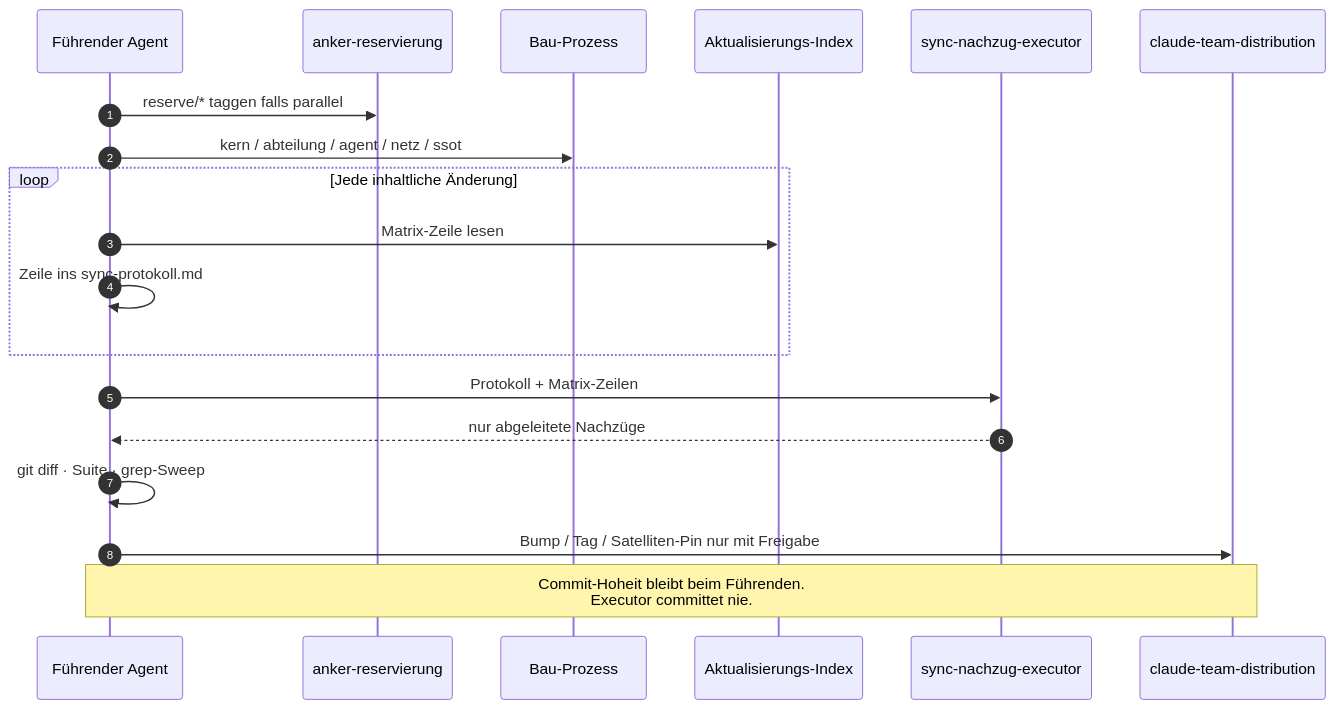
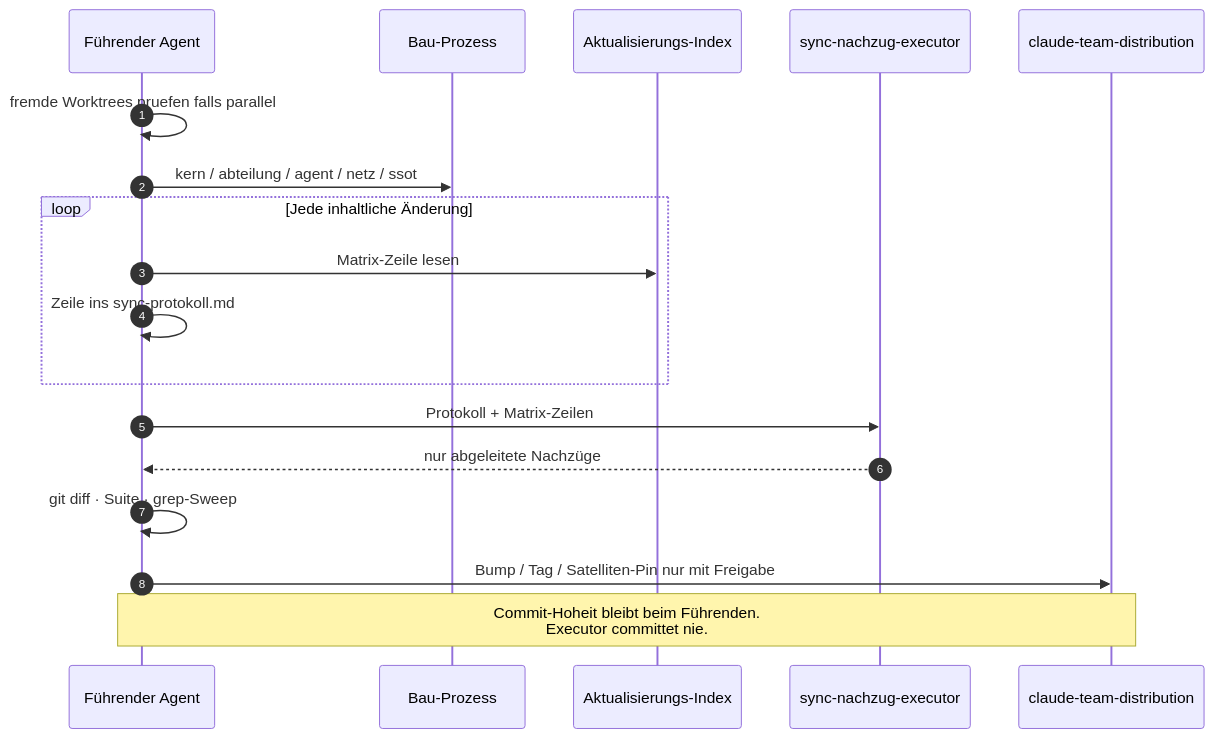
The fourth of 5 diagrams in knowledge-base/firmenkernprozesse/prozesskarten/00-FAMILIE-UND-VERDRAHTUNG.md (NovaCore-AI/NovaCoreAI-OS), drawn with Mermaid before and after one commit. The commit also changed other lines of this file and 16 other files, not shown here.

First line of the commit message:
fix(phase-j-d): Anker-Reservierung ersatzlos aufgehoben (D31, D1+D3)

````diff
--- a/knowledge-base/firmenkernprozesse/prozesskarten/00-FAMILIE-UND-VERDRAHTUNG.md
+++ b/knowledge-base/firmenkernprozesse/prozesskarten/00-FAMILIE-UND-VERDRAHTUNG.md
@@ -145,22 +134,21 @@
 ```mermaid
 sequenceDiagram
     autonumber
     participant F as Führender Agent
-    participant A as anker-reservierung
     participant P as Bau-Prozess
     participant I as Aktualisierungs-Index
     participant X as sync-nachzug-executor
     participant T as claude-team-distribution
 
-    F->>A: reserve/* taggen falls parallel
+    F->>F: fremde Worktrees pruefen falls parallel
     F->>P: kern / abteilung / agent / netz / ssot
     loop Jede inhaltliche Änderung
         F->>I: Matrix-Zeile lesen
         F->>F: Zeile ins sync-protokoll.md
     end
     F->>X: Protokoll + Matrix-Zeilen
     X-->>F: nur abgeleitete Nachzüge
     F->>F: git diff · Suite · grep-Sweep
     F->>T: Bump / Tag / Satelliten-Pin nur mit Freigabe
     Note over F,T: Commit-Hoheit bleibt beim Führenden.<br/>Executor committet nie.
 ```
````
